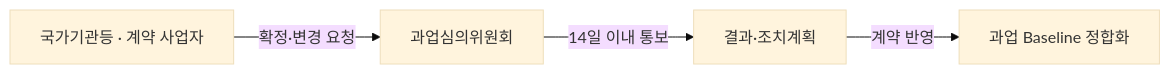
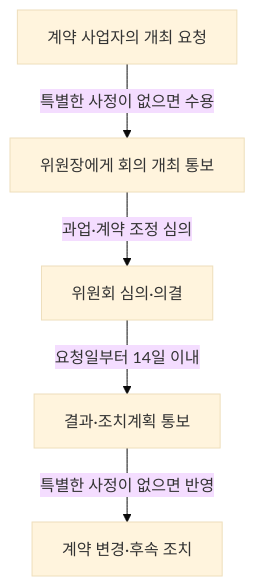
Before and after one commit to agnusdei1207/study: the second of 2 diagrams in src/content/docs/notes/itpe/02-software-engineering/048_task_deliberation_committee.md, drawn with Mermaid (base theme). The commit also changed other lines of this file and 31 other files, not shown here.

Commit message:
docs(itpe): correct software engineering architecture and test notes

````diff
--- a/src/content/docs/notes/itpe/02-software-engineering/048_task_deliberation_committee.md
+++ b/src/content/docs/notes/itpe/02-software-engineering/048_task_deliberation_committee.md
@@ -85,6 +115,7 @@
 ```mermaid
-flowchart LR
-    RQ["국가기관등 · 계약 사업자"] -->|"확정·변경 요청"| C["과업심의위원회"]
-    C -->|"14일 이내 통보"| RS["결과·조치계획"]
-    RS -->|"계약 반영"| BL["과업 Baseline 정합화"]
+flowchart TD
+    A["계약 사업자의 개최 요청"] -->|"특별한 사정이 없으면 수용"| B["위원장에게 회의 개최 통보"]
+    B -->|"과업·계약 조정 심의"| C["위원회 심의·의결"]
+    C -->|"요청일부터 14일 이내"| D["결과·조치계획 통보"]
+    D -->|"특별한 사정이 없으면 반영"| E["계약 변경·후속 조치"]
 ```
````
